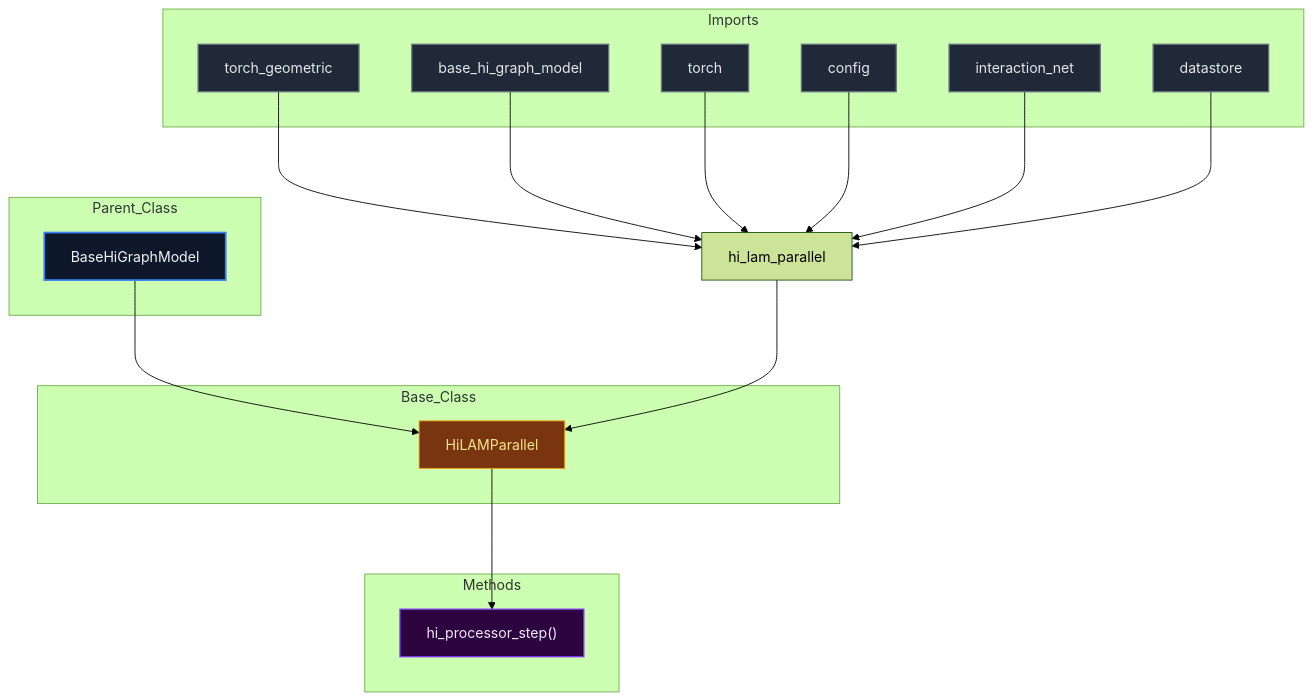
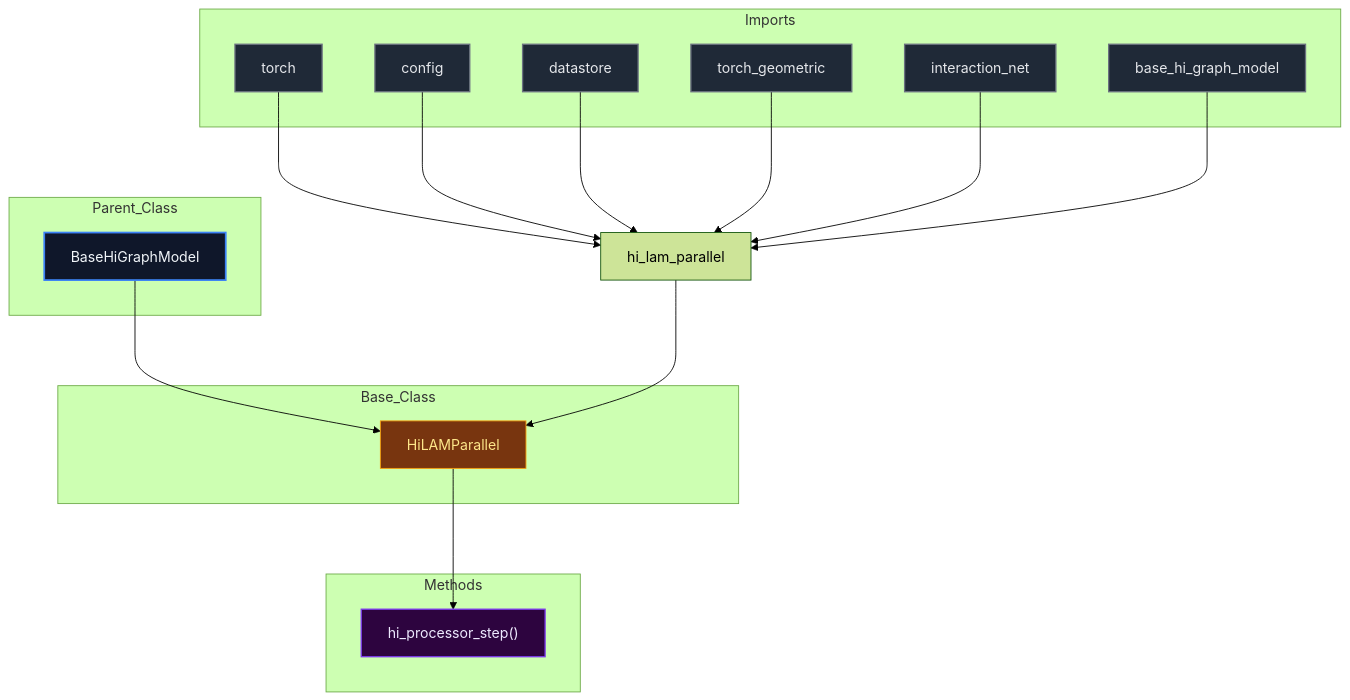
Before and after one commit to mllam/neural-lam: the diagram in docs/diagrams/hi_lam_parallel_diagram.md, drawn with Mermaid (forest theme). The commit also changed 19 other files, not shown here.

Commit message:
Auto-update Mermaid diagrams

````diff
--- a/docs/diagrams/hi_lam_parallel_diagram.md
+++ b/docs/diagrams/hi_lam_parallel_diagram.md
@@ -1,50 +1,50 @@
 ```mermaid
 %%{init: {'flowchart': {'nodeSpacing': 60, 'rankSpacing': 80}}}%%
 flowchart TD
 
 module["hi_lam_parallel"]
 
 subgraph Parent_Class
     BaseHiGraphModel["BaseHiGraphModel"]
 end
 
 subgraph Base_Class
     HiLAMParallel["HiLAMParallel"]
 end
 
     BaseHiGraphModel --> HiLAMParallel
 
 subgraph Imports
-    torch_geometric["torch_geometric"]
-    base_hi_graph_model["base_hi_graph_model"]
     torch["torch"]
     config["config"]
+    datastore["datastore"]
+    torch_geometric["torch_geometric"]
     interaction_net["interaction_net"]
-    datastore["datastore"]
+    base_hi_graph_model["base_hi_graph_model"]
 end
 
-    torch_geometric --> module
-    base_hi_graph_model --> module
     torch --> module
     config --> module
+    datastore --> module
+    torch_geometric --> module
     interaction_net --> module
-    datastore --> module
+    base_hi_graph_model --> module
     module --> HiLAMParallel
 
 subgraph Methods
     HiLAMParallel_hi_processor_step["hi_processor_step()"]
 end
 
     HiLAMParallel --> HiLAMParallel_hi_processor_step
 
 classDef parent fill:#0f172a,stroke:#3b82f6,stroke-width:2px,color:#f1f5f9,font-size:16px
 classDef base fill:#78350f,stroke:#f59e0b,stroke-width:1px,color:#fde68a,font-size:16px
 classDef import fill:#1f2937,stroke:#6b7280,stroke-width:1.5px,color:#e5e7eb,font-size:16px
 classDef method fill:#2d043f,stroke:#7c3aed,stroke-width:1.5px,color:#ede9fe,font-size:16px
 classDef callNode fill:#064e3b,stroke:#10b981,stroke-width:1.5px,color:#d1fae5,font-size:16px
 class BaseHiGraphModel parent
 class HiLAMParallel base
-class torch_geometric,base_hi_graph_model,torch,config,interaction_net,datastore import
+class torch,config,datastore,torch_geometric,interaction_net,base_hi_graph_model import
 class HiLAMParallel_hi_processor_step method
 
 ```
````
